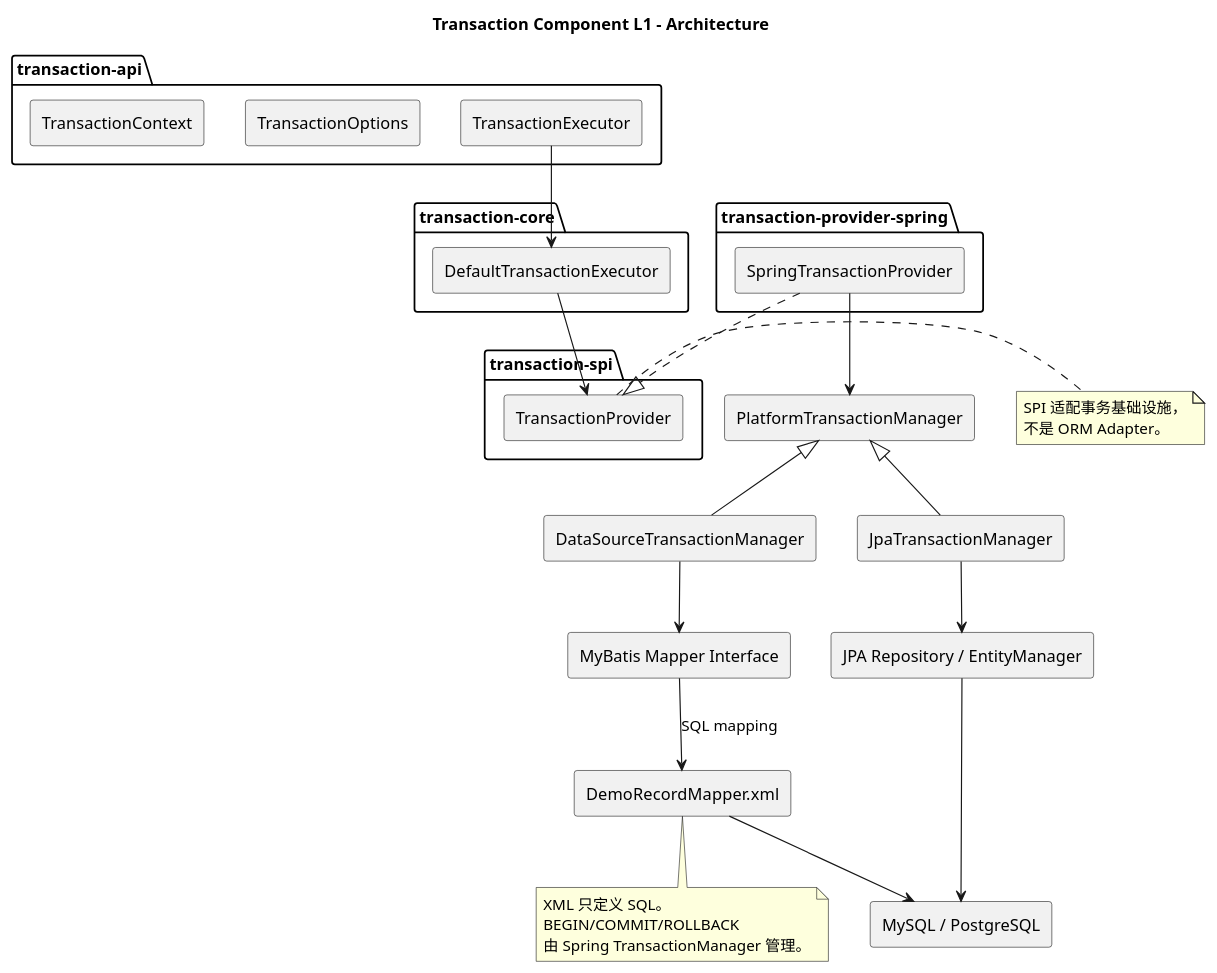
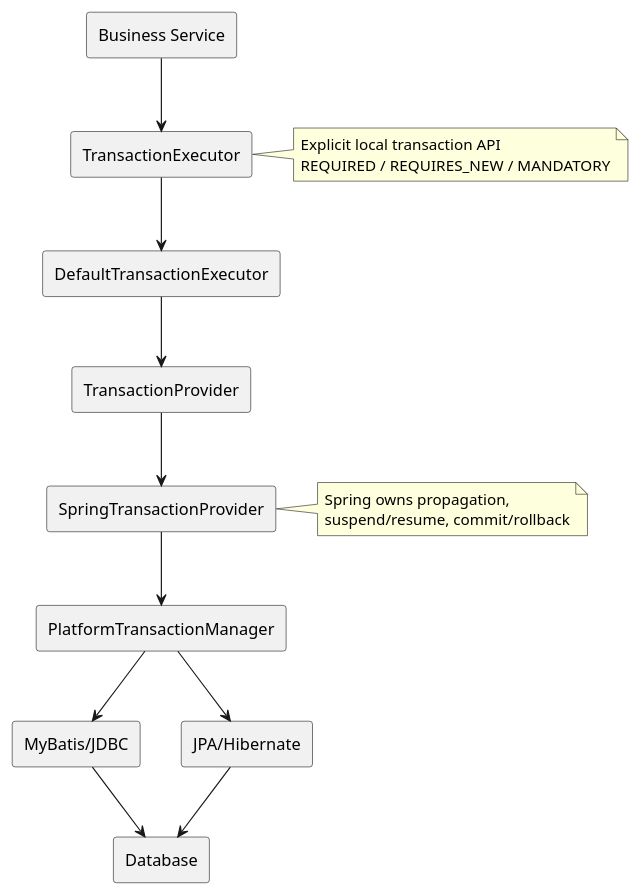
The diagram in component/transaction-component/docs/diagrams/component/L1-architecture.puml (pbxjtumse/cola-web-standard), drawn with PlantUML before and after one commit. The commit also changed 23 other files, not shown here.

```diff
--- a/component/transaction-component/docs/diagrams/component/L1-architecture.puml
+++ b/component/transaction-component/docs/diagrams/component/L1-architecture.puml
@@ -1,54 +1,23 @@
 @startuml
 skinparam componentStyle rectangle
 
-title Transaction Component L1 - Architecture
+[Business Service] --> [TransactionExecutor]
+[TransactionExecutor] --> [DefaultTransactionExecutor]
+[DefaultTransactionExecutor] --> [TransactionProvider]
+[TransactionProvider] --> [SpringTransactionProvider]
+[SpringTransactionProvider] --> [PlatformTransactionManager]
+[PlatformTransactionManager] --> [MyBatis/JDBC]
+[PlatformTransactionManager] --> [JPA/Hibernate]
+[MyBatis/JDBC] --> [Database]
+[JPA/Hibernate] --> [Database]
 
-package "transaction-api" {
-  [TransactionExecutor]
-  [TransactionOptions]
-  [TransactionContext]
-}
-
-package "transaction-core" {
-  [DefaultTransactionExecutor]
-}
-
-package "transaction-spi" {
-  [TransactionProvider]
-}
-
-package "transaction-provider-spring" {
-  [SpringTransactionProvider]
-}
-
-component "PlatformTransactionManager" as PTM
-component "DataSourceTransactionManager" as JDBC_TM
-component "JpaTransactionManager" as JPA_TM
-component "MyBatis Mapper Interface" as MYBATIS_IF
-component "DemoRecordMapper.xml" as MYBATIS_XML
-component "JPA Repository / EntityManager" as JPA
-component "MySQL / PostgreSQL" as DB
-
-TransactionExecutor --> DefaultTransactionExecutor
-DefaultTransactionExecutor --> TransactionProvider
-SpringTransactionProvider ..|> TransactionProvider
-SpringTransactionProvider --> PTM
-PTM <|-- JDBC_TM
-PTM <|-- JPA_TM
-JDBC_TM --> MYBATIS_IF
-MYBATIS_IF --> MYBATIS_XML : SQL mapping
-MYBATIS_XML --> DB
-JPA_TM --> JPA
-JPA --> DB
-
-note right of TransactionProvider
-SPI 适配事务基础设施，
-不是 ORM Adapter。
+note right of [TransactionExecutor]
+  Explicit local transaction API
+  REQUIRED / REQUIRES_NEW / MANDATORY
 end note
 
-note bottom of MYBATIS_XML
-XML 只定义 SQL。
-BEGIN/COMMIT/ROLLBACK
-由 Spring TransactionManager 管理。
+note right of [SpringTransactionProvider]
+  Spring owns propagation,
+  suspend/resume, commit/rollback
 end note
 @enduml
```
